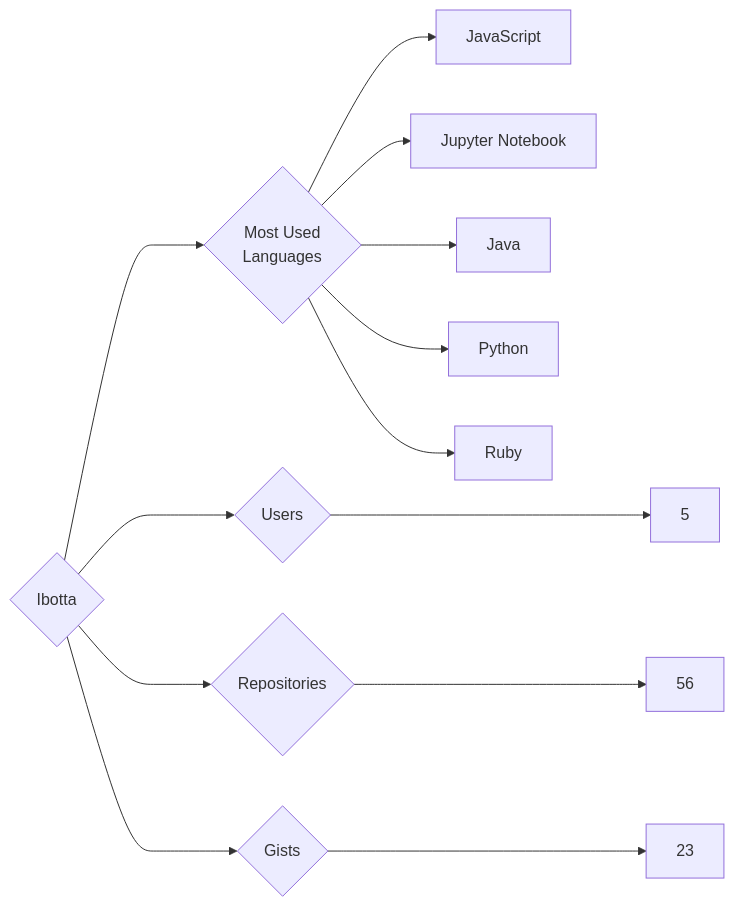
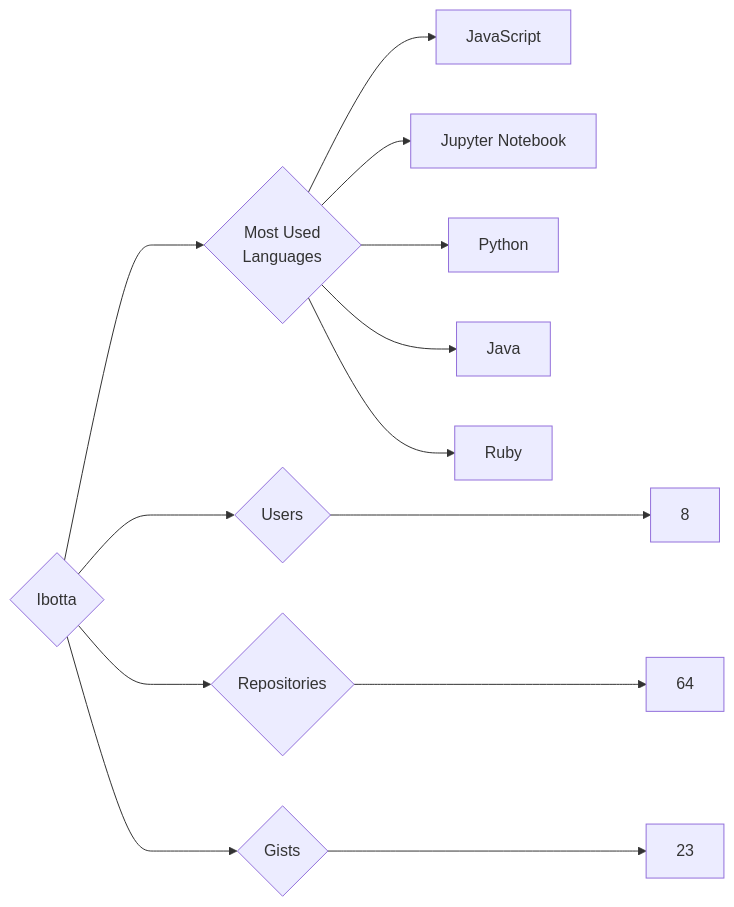
One commit to trickest/insiders changed the diagram in targets/Ibotta/README.md. Above: the diagram before and after it, drawn with Mermaid. The commit also changed 1088 other files, not shown here.

````diff
--- a/targets/Ibotta/README.md
+++ b/targets/Ibotta/README.md
@@ -3,13 +3,13 @@
 ```mermaid
 graph LR
 COMPANY_NAME{Ibotta}
-COMPANY_NAME ---> U{Users} ---> UN[5]
-COMPANY_NAME ---> R{Repositories} ---> RN[56]
+COMPANY_NAME ---> U{Users} ---> UN[8]
+COMPANY_NAME ---> R{Repositories} ---> RN[64]
 COMPANY_NAME ---> G{Gists} ---> GN[23]
 COMPANY_NAME ---> ML{Most Used<br>Languages}
 ML --> JavaScript[JavaScript]
 ML --> Jupyter_Notebook[Jupyter Notebook]
+ML --> Python[Python]
 ML --> Java[Java]
-ML --> Python[Python]
 ML --> Ruby[Ruby]
 ```
````
